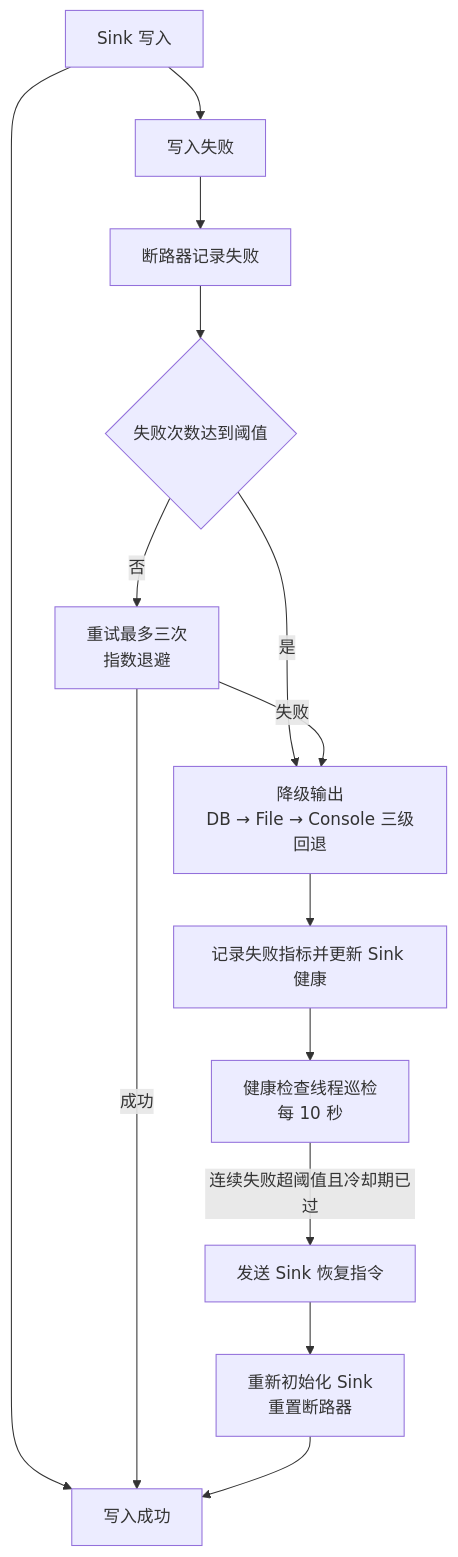
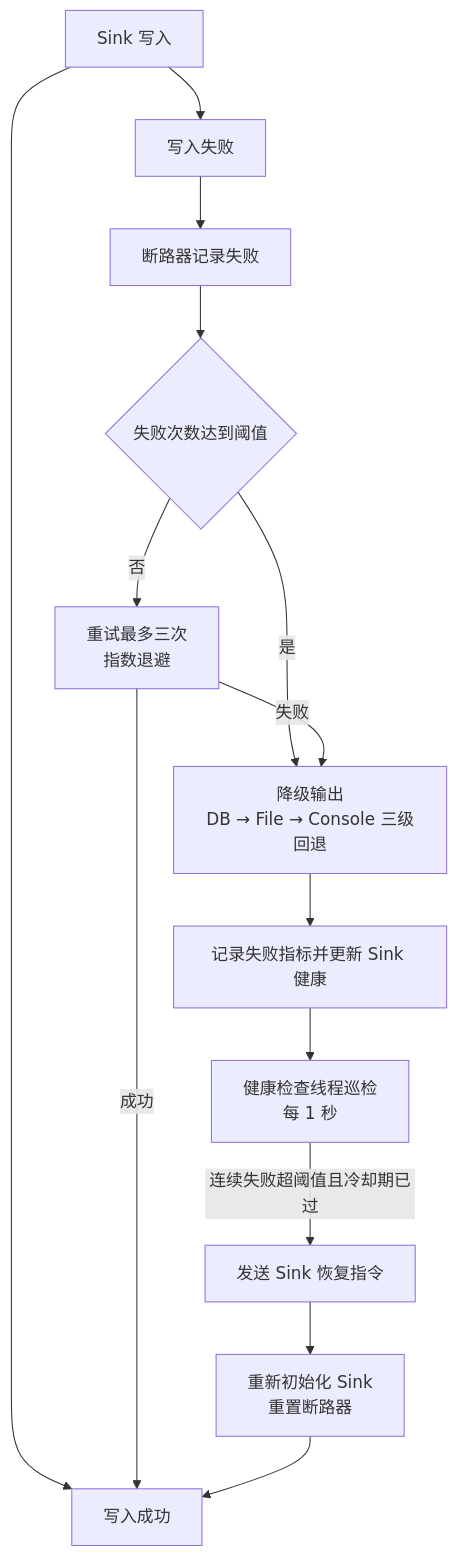
The fourth of 4 diagrams in docs/ARCHITECTURE.md (Kirky-X/inklog), drawn with Mermaid before and after one commit. The commit also changed other lines of this file and 7 other files, not shown here.

````diff
--- a/docs/ARCHITECTURE.md
+++ b/docs/ARCHITECTURE.md
@@ -332,16 +332,16 @@
 ```mermaid
 flowchart TD
     W["Sink 写入"] --> OK["写入成功"]
     W --> ERR["写入失败"]
     ERR --> CB["断路器记录失败"]
     CB --> THR{"失败次数达到阈值"}
     THR -->|"是"| DEG["降级输出<br/>DB → File → Console 三级回退"]
     THR -->|"否"| RETRY["重试最多三次<br/>指数退避"]
     RETRY -->|"成功"| OK
     RETRY -->|"失败"| DEG
     DEG --> MET["记录失败指标并更新 Sink 健康"]
-    MET --> HC["健康检查线程巡检<br/>每 10 秒"]
+    MET --> HC["健康检查线程巡检<br/>每 1 秒"]
     HC -->|"连续失败超阈值且冷却期已过"| RECOVER["发送 Sink 恢复指令"]
     RECOVER --> REINIT["重新初始化 Sink<br/>重置断路器"]
     REINIT --> OK
 ```
````
